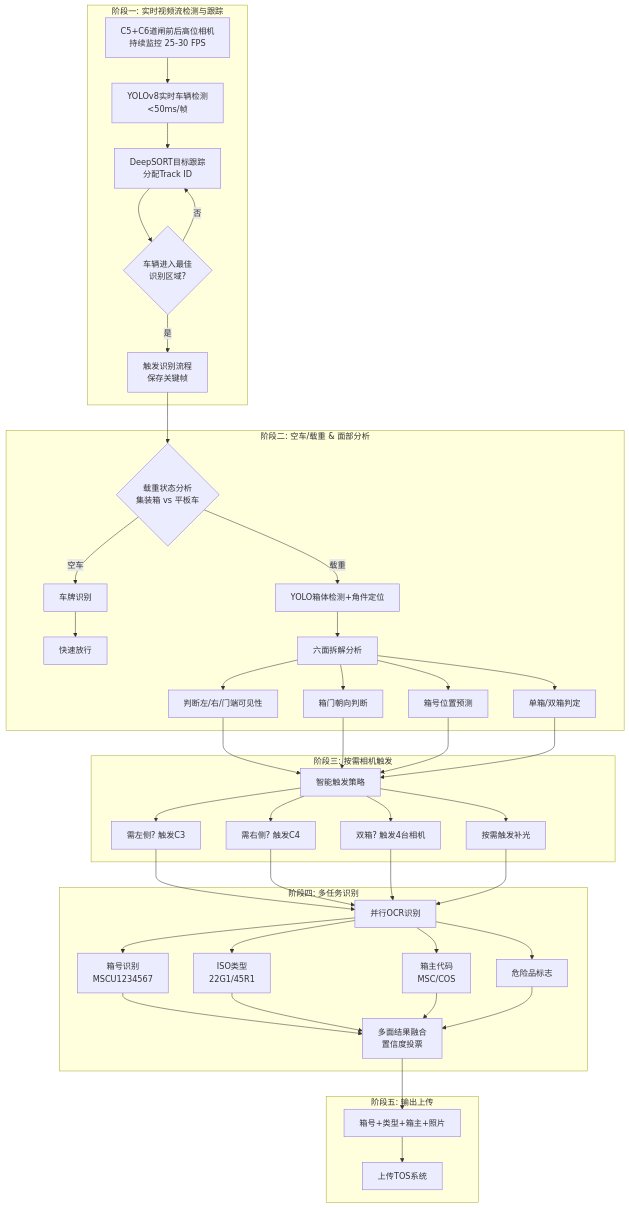
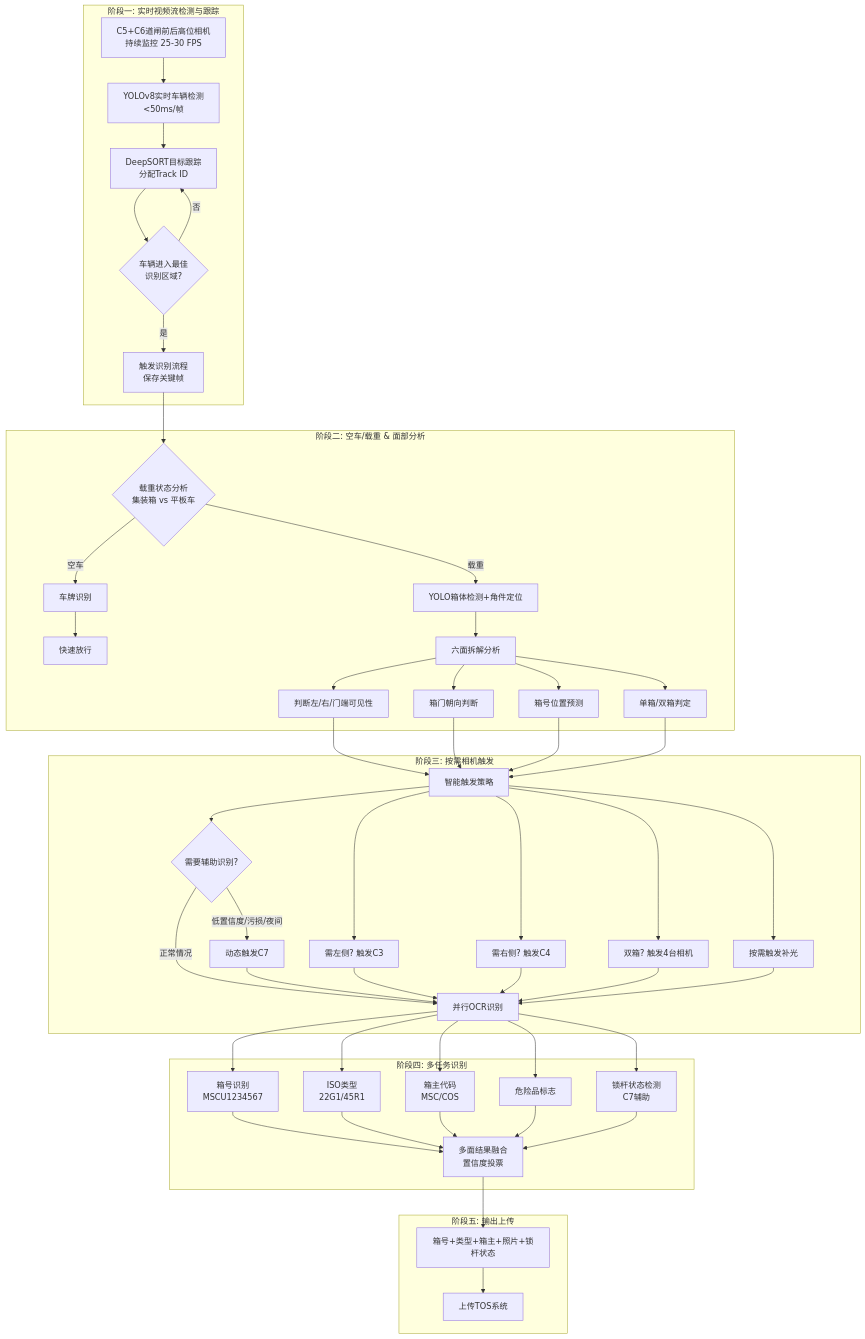
Before and after one commit to hpd840321/container-gate-dual-ai: the diagram in 道闸双柜识别方案.md, drawn with Mermaid. The commit also changed other lines of this file and 6 other files, not shown here.

````diff
--- a/道闸双柜识别方案.md
+++ b/道闸双柜识别方案.md
@@ -160,43 +184,48 @@
 ```mermaid
 graph TD
     subgraph "阶段一: 实时视频流检测与跟踪"
         A[C5+C6道闸前后高位相机<br/>持续监控 25-30 FPS] --> B[YOLOv8实时车辆检测<br/><50ms/帧];
         B --> C[DeepSORT目标跟踪<br/>分配Track ID];
         C --> D{车辆进入最佳<br/>识别区域?};
         D -- 否 --> C;
         D -- 是 --> E[触发识别流程<br/>保存关键帧];
     end
     
     subgraph "阶段二: 空车/载重 & 面部分析"
         E --> F{载重状态分析<br/>集装箱 vs 平板车};
         F -- 空车 --> G[车牌识别] --> H[快速放行];
         F -- 载重 --> I[YOLO箱体检测+角件定位];
         I --> J[六面拆解分析];
         J --> J1[判断左/右/门端可见性];
         J --> J2[箱门朝向判断];
         J --> J3[箱号位置预测];
         J --> J4[单箱/双箱判定];
     end
     
     subgraph "阶段三: 按需相机触发"
         J1 & J2 & J3 & J4 --> K[智能触发策略];
         K --> K1[需左侧? 触发C3];
         K --> K2[需右侧? 触发C4];
         K --> K3[双箱? 触发4台相机];
         K --> K4[按需触发补光];
+        K --> K5{需要辅助识别?};
+        K5 -- 低置信度/污损/夜间 --> K6[动态触发C7];
+        K5 -- 正常情况 --> L;
+        K6 --> L;
     end
     
     subgraph "阶段四: 多任务识别"
         K1 & K2 & K3 & K4 --> L[并行OCR识别];
         L --> L1[箱号识别<br/>MSCU1234567];
         L --> L2[ISO类型<br/>22G1/45R1];
         L --> L3[箱主代码<br/>MSC/COS];
         L --> L4[危险品标志];
-        L1 & L2 & L3 & L4 --> M[多面结果融合<br/>置信度投票];
+        L --> L5[锁杆状态检测<br/>C7辅助];
+        L1 & L2 & L3 & L4 & L5 --> M[多面结果融合<br/>置信度投票];
     end
     
     subgraph "阶段五: 输出上传"
-        M --> N[箱号+类型+箱主+照片];
+        M --> N[箱号+类型+箱主+照片+锁杆状态];
         N --> O[上传TOS系统];
     end
 ```
````
